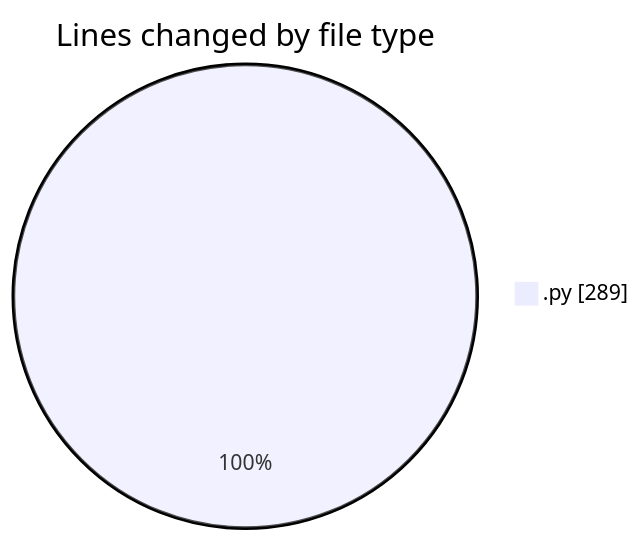
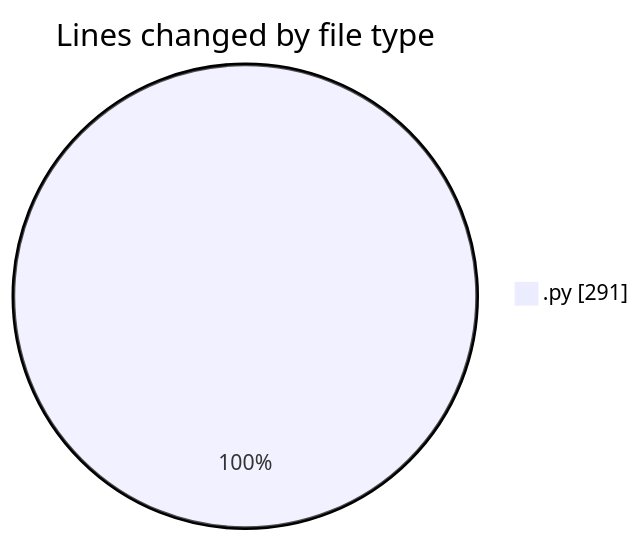
One commit to julien-gomy/code-tracking changed the first of 2 diagrams in 2025-11-19/eventscop-api-guide__workspace_/README.md. Above: the diagram before and after it, drawn with Mermaid. The commit also changed other lines of this file and 1 other file, not shown here.

````diff
--- a/2025-11-19/eventscop-api-guide__workspace_/README.md
+++ b/2025-11-19/eventscop-api-guide__workspace_/README.md
@@ -20,5 +20,5 @@
 ```mermaid
 pie showData
 title Lines changed by file type
-".py" : 289
+".py" : 291
 ```
````
